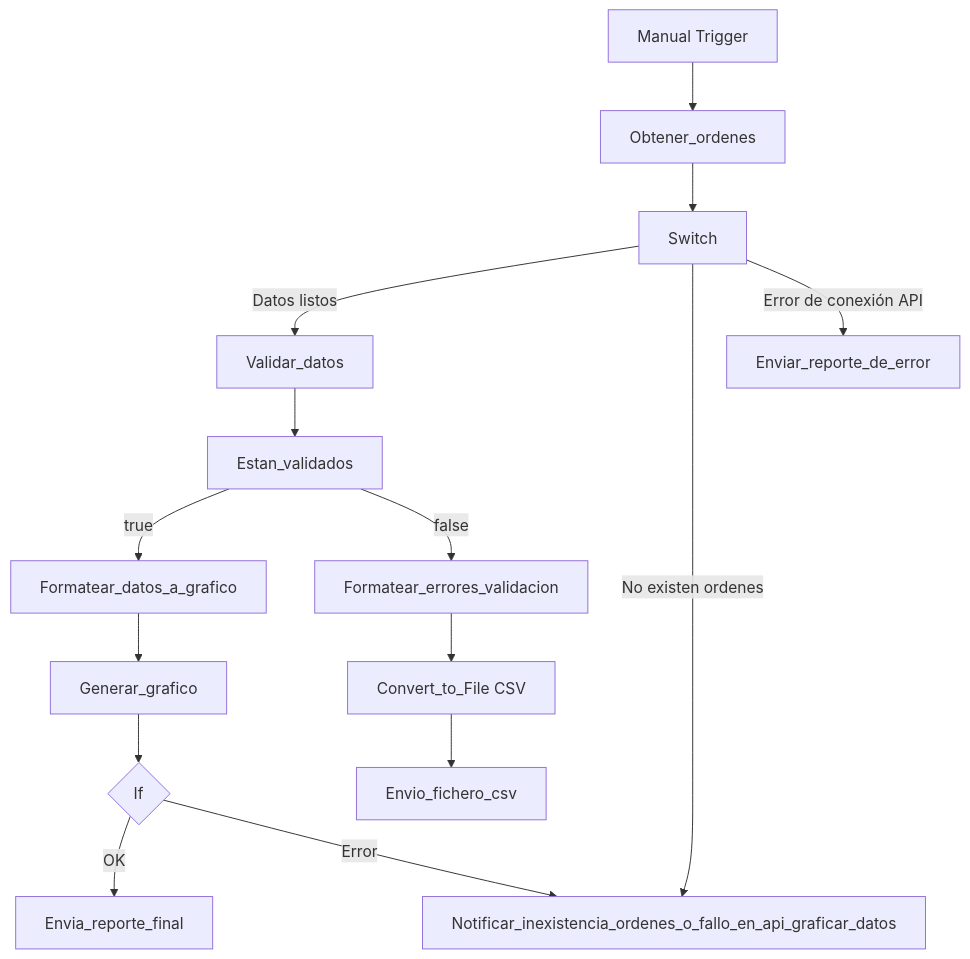
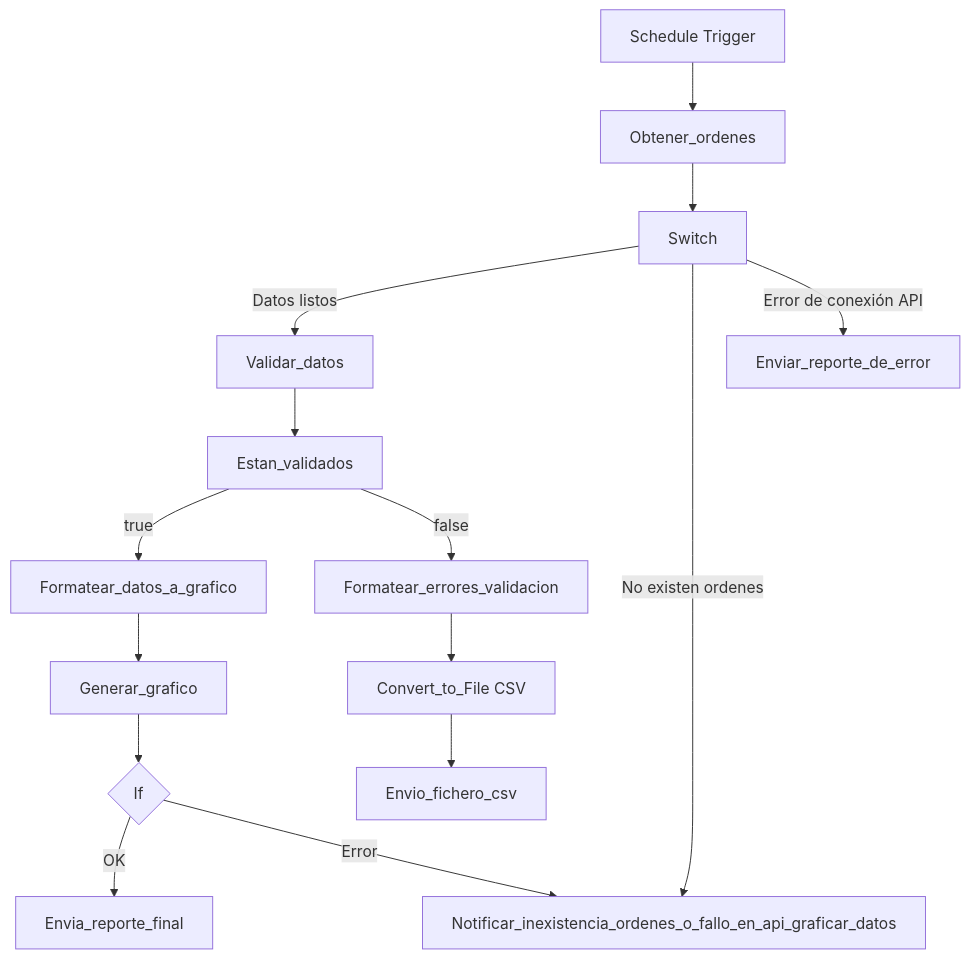
The diagram in README.md (liusvani/api_n8n_data_analytics), drawn with Mermaid before and after one commit. The commit also changed other lines of this file, not shown here.

````diff
--- a/README.md
+++ b/README.md
@@ -75,27 +77,26 @@
 ```mermaid
-
 flowchart TD
-    A[Manual Trigger] --> B[Obtener_ordenes]
+    A[Schedule Trigger] --> B[Obtener_ordenes]
     B --> C[Switch]
 
     %% Switch outputs
     C -->|Datos listos| D[Validar_datos]
     C -->|No existen ordenes| E[Notificar_inexistencia_ordenes_o_fallo_en_api_graficar_datos]
     C -->|Error de conexión API| F[Enviar_reporte_de_error]
 
     %% Validación de datos
     D --> G[Estan_validados]
     G -->|true| H[Formatear_datos_a_grafico]
     G -->|false| I[Formatear_errores_validacion]
 
     %% Flujo de datos validados
     H --> J[Generar_grafico]
     J --> K{If}
     K -->|OK| L[Envia_reporte_final]
     K -->|Error| E
 
     %% Flujo de errores
     I --> M[Convert_to_File CSV]
     M --> N[Envio_fichero_csv]
 
 ```
````
